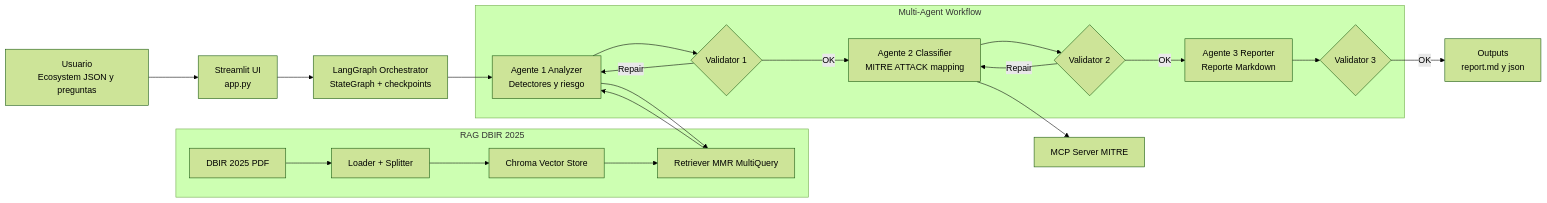
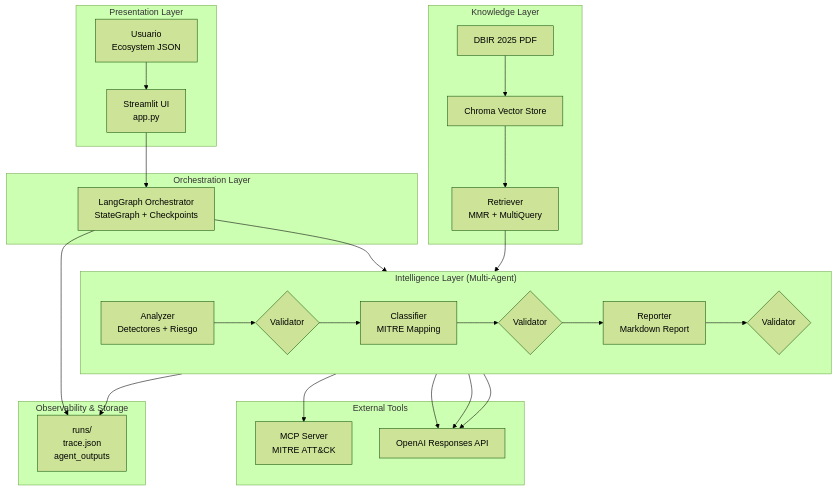
Before and after one commit to pomesoft/challenge: the diagram in README.md, drawn with Mermaid (forest theme). The commit also changed other lines of this file, not shown here.

Commit message:
Diagrama  de arquitectura

````diff
--- a/README.md
+++ b/README.md
@@ -15,42 +15,75 @@
 ```mermaid
-flowchart LR
+flowchart TB
 
-    U["Usuario<br/>Ecosystem JSON y preguntas"]
-    ST["Streamlit UI<br/>app.py"]
-    LG["LangGraph Orchestrator<br/>StateGraph + checkpoints"]
-
-    subgraph RAG["RAG DBIR 2025"]
-        PDF["DBIR 2025 PDF"]
-        LD["Loader + Splitter"]
-        VS["Chroma Vector Store"]
-        RET["Retriever MMR MultiQuery"]
-        PDF --> LD --> VS --> RET
+    %% ===============================
+    %% Presentation Layer
+    %% ===============================
+    subgraph P["Presentation Layer"]
+        U["Usuario<br/>Ecosystem JSON"]
+        UI["Streamlit UI<br/>app.py"]
+        U --> UI
     end
 
-    subgraph AGENTS["Multi-Agent Workflow"]
-        A1["Agente 1 Analyzer<br/>Detectores y riesgo"]
-        V1{"Validator 1"}
-        A2["Agente 2 Classifier<br/>MITRE ATTACK mapping"]
-        V2{"Validator 2"}
-        A3["Agente 3 Reporter<br/>Reporte Markdown"]
-        V3{"Validator 3"}
+    %% ===============================
+    %% Orchestration Layer
+    %% ===============================
+    subgraph O["Orchestration Layer"]
+        LG["LangGraph Orchestrator<br/>StateGraph + Checkpoints"]
     end
 
-    MCP["MCP Server MITRE"]
-    OUT["Outputs<br/>report.md y json"]
+    %% ===============================
+    %% Intelligence Layer
+    %% ===============================
+    subgraph I["Intelligence Layer (Multi-Agent)"]
+        direction LR
+        A1["Analyzer<br/>Detectores + Riesgo"]
+        V1{"Validator"}
+        A2["Classifier<br/>MITRE Mapping"]
+        V2{"Validator"}
+        A3["Reporter<br/>Markdown Report"]
+        V3{"Validator"}
 
-    U --> ST
-    ST --> LG
+        A1 --> V1 --> A2 --> V2 --> A3 --> V3
+    end
+
+    %% ===============================
+    %% Knowledge Layer
+    %% ===============================
+    subgraph K["Knowledge Layer"]
+        PDF["DBIR 2025 PDF"]
+        VS["Chroma Vector Store"]
+        RET["Retriever<br/>MMR + MultiQuery"]
+        PDF --> VS --> RET
+    end
+
+    %% ===============================
+    %% External Tools
+    %% ===============================
+    subgraph T["External Tools"]
+        MCP["MCP Server<br/>MITRE ATT&CK"]
+        LLM["OpenAI Responses API"]
+    end
+
+    %% ===============================
+    %% Observability
+    %% ===============================
+    subgraph OBS["Observability & Storage"]
+        LOGS["runs/<session_id><br/>trace.json<br/>agent_outputs"]
+    end
+
+    %% ===============================
+    %% Connections
+    %% ===============================
+
+    UI --> LG
     LG --> A1
-    A1 --> RET
     RET --> A1
-    A1 --> V1
-    V1 -->|OK| A2
-    V1 -->|Repair| A1
     A2 --> MCP
-    A2 --> V2
-    V2 -->|OK| A3
-    V2 -->|Repair| A2
-    A3 --> V3
-    V3 -->|OK| OUT
+
+    A1 --> LLM
+    A2 --> LLM
+    A3 --> LLM
+
+    V3 --> LOGS
+    LG --> LOGS
 ```
````
